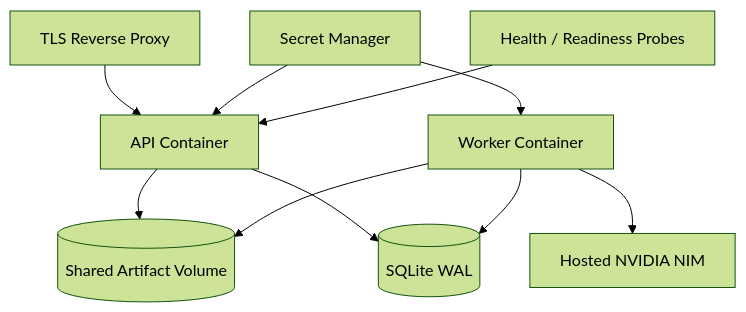
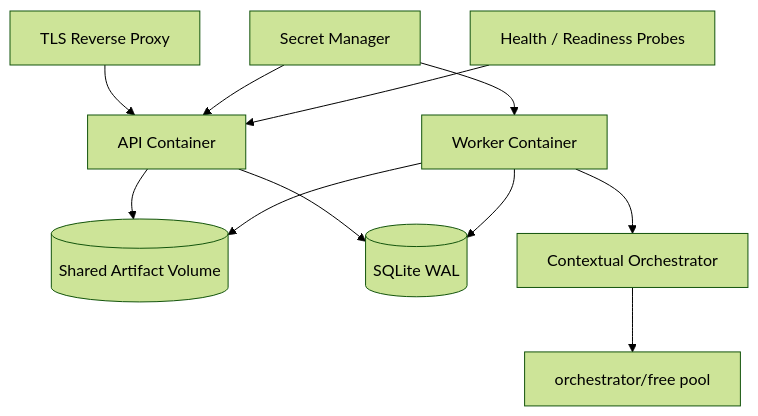
One commit to ContextualWisdomLab/four-pillars changed the fifth of 7 diagrams in docs/uml/architecture.md. Above: the diagram before and after it, drawn with Mermaid (forest theme). The commit also changed other lines of this file, not shown here.

Commit message:
docs(uml): show orchestration ACL as the only product LLM path

````diff
--- a/docs/uml/architecture.md
+++ b/docs/uml/architecture.md
@@ -138,12 +121,13 @@
 ```mermaid
 flowchart TB
   LB[TLS Reverse Proxy] --> API1[API Container]
   API1 --> V[(Shared Artifact Volume)]
   API1 --> DB[(SQLite WAL)]
   Worker1[Worker Container] --> DB
   Worker1 --> V
-  Worker1 --> NIM[Hosted NVIDIA NIM]
+  Worker1 --> Gateway[Contextual Orchestrator]
+  Gateway --> Free[orchestrator/free pool]
   Secret[Secret Manager] --> API1
   Secret --> Worker1
   Probe[Health / Readiness Probes] --> API1
 ```
````
